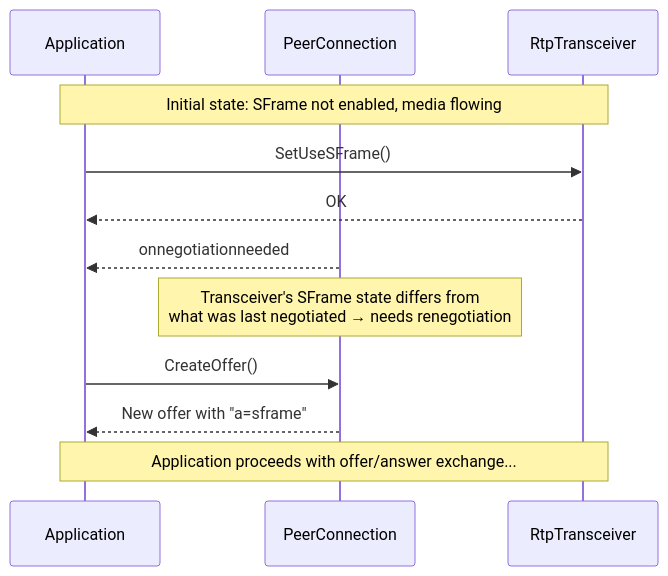
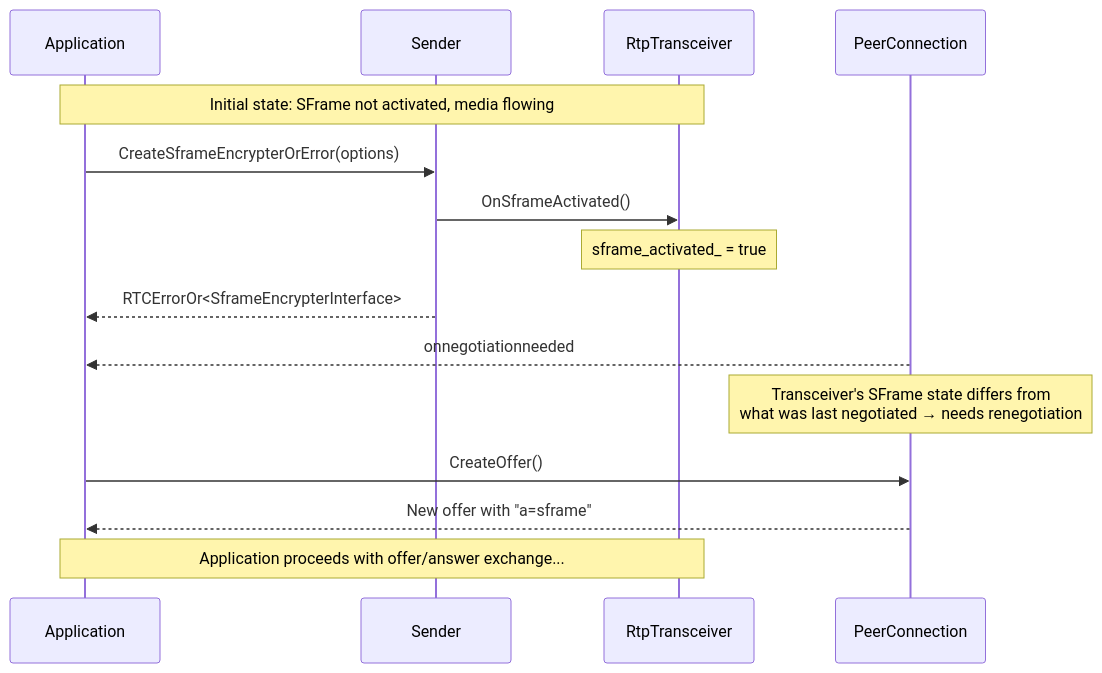
The fifth of 6 diagrams in negotiation.md (webex/webrtc-sframe), drawn with Mermaid before and after one commit. The commit also changed other lines of this file and 1 other file, not shown here.

````diff
--- a/negotiation.md
+++ b/negotiation.md
@@ -308,19 +327,22 @@
 ```mermaid
 sequenceDiagram
     participant App as Application
+    participant S as Sender
+    participant T as RtpTransceiver
     participant PC as PeerConnection
-    participant T as RtpTransceiver
 
-    Note over App,T: Initial state: SFrame not enabled, media flowing
+    Note over App,T: Initial state: SFrame not activated, media flowing
 
-    App->>T: SetUseSFrame()
-    T-->>App: OK
+    App->>S: CreateSframeEncrypterOrError(options)
+    S->>T: OnSframeActivated()
+    Note over T: sframe_activated_ = true
+    S-->>App: RTCErrorOr<SframeEncrypterInterface>
 
     PC-->>App: onnegotiationneeded
     Note over PC: Transceiver's SFrame state differs from<br/>what was last negotiated → needs renegotiation
 
     App->>PC: CreateOffer()
     PC-->>App: New offer with "a=sframe"
 
     Note over App,T: Application proceeds with offer/answer exchange...
 ```
````
